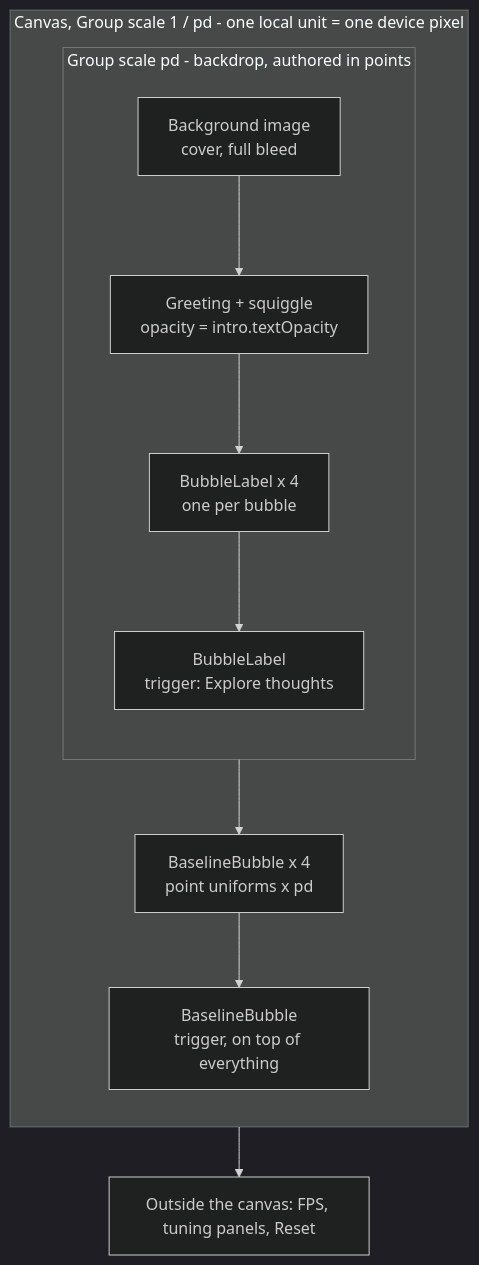
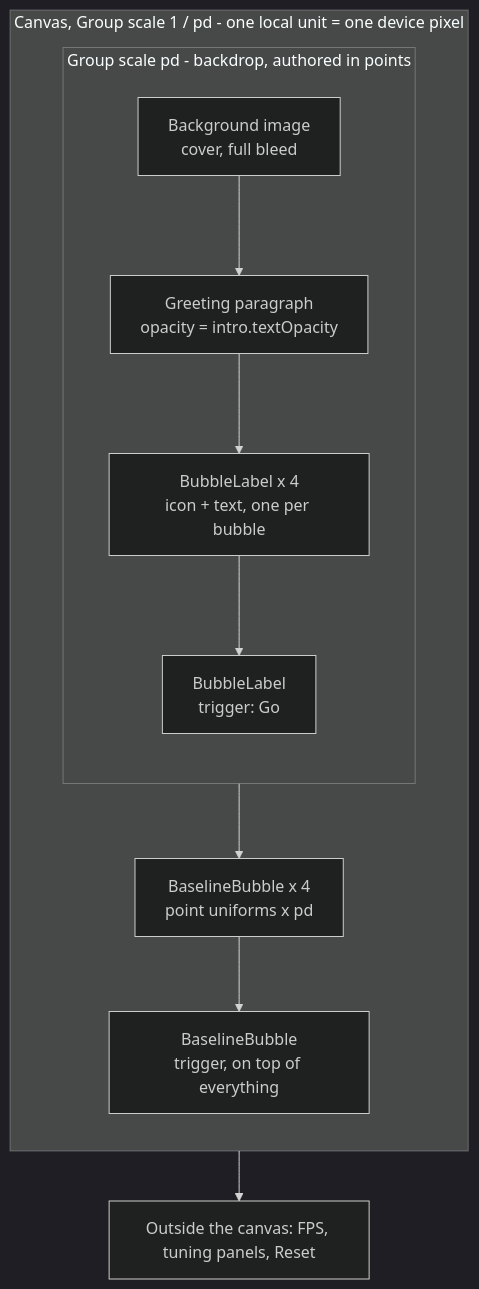
One commit to ImCitizen13/quattro4maggi changed the second of 2 diagrams in src/components/liquid-bubbles-multi/README.md. Above: the diagram before and after it, drawn with Mermaid (dark theme). The commit also changed other lines of this file and 17 other files, not shown here.

````diff
--- a/src/components/liquid-bubbles-multi/README.md
+++ b/src/components/liquid-bubbles-multi/README.md
@@ -67,18 +68,18 @@
 ```mermaid
 flowchart TD
     subgraph CANVAS["Canvas, Group scale 1 / pd - one local unit = one device pixel"]
         direction TB
         subgraph PTS["Group scale pd - backdrop, authored in points"]
             direction TB
             BG["Background image<br/>cover, full bleed"]
-            GREET["Greeting + squiggle<br/>opacity = intro.textOpacity"]
-            LABELS["BubbleLabel x 4<br/>one per bubble"]
-            TRIGLABEL["BubbleLabel<br/>trigger: Explore thoughts"]
+            GREET["Greeting paragraph<br/>opacity = intro.textOpacity"]
+            LABELS["BubbleLabel x 4<br/>icon + text, one per bubble"]
+            TRIGLABEL["BubbleLabel<br/>trigger: Go"]
             BG --> GREET --> LABELS --> TRIGLABEL
         end
         PASSES["BaselineBubble x 4<br/>point uniforms x pd"]
         TRIGPASS["BaselineBubble<br/>trigger, on top of everything"]
         PTS --> PASSES --> TRIGPASS
     end
     CANVAS --> OVERLAY["Outside the canvas: FPS, tuning panels, Reset"]
 ```
````
